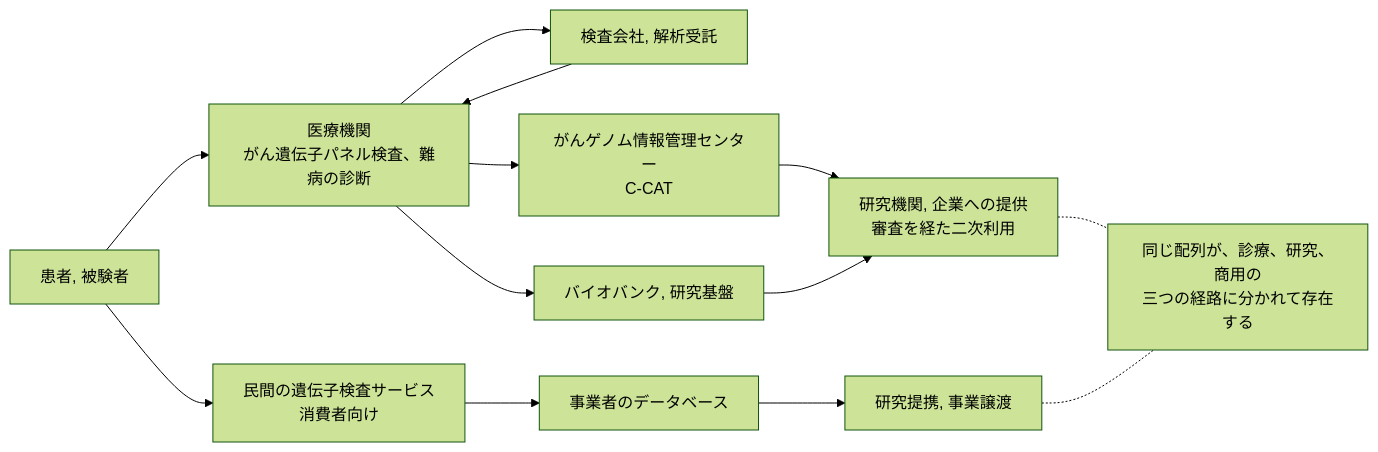
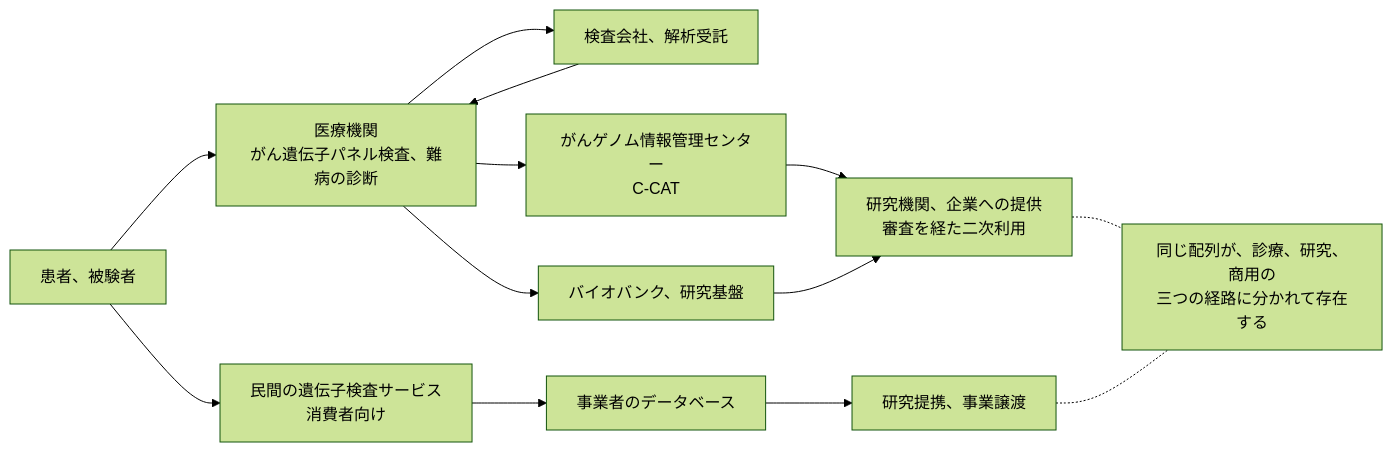
The diagram in docs/technology/genomics.md (scgajge12/awesome-healthcare-security), drawn with Mermaid (forest theme) before and after one commit. The commit also changed other lines of this file and 40 other files, not shown here.

````diff
--- a/docs/technology/genomics.md
+++ b/docs/technology/genomics.md
@@ -34,20 +34,20 @@
 ```mermaid
 flowchart LR
-    P["患者, 被験者"] --> H["医療機関<br>がん遺伝子パネル検査、難病の診断"]
+    P["患者、被験者"] --> H["医療機関<br>がん遺伝子パネル検査、難病の診断"]
     P --> D["民間の遺伝子検査サービス<br>消費者向け"]
 
-    H --> L["検査会社, 解析受託"]
+    H --> L["検査会社、解析受託"]
     L --> H
     H --> C["がんゲノム情報管理センター<br>C-CAT"]
-    C --> R["研究機関, 企業への提供<br>審査を経た二次利用"]
+    C --> R["研究機関、企業への提供<br>審査を経た二次利用"]
 
-    H --> B["バイオバンク, 研究基盤"]
+    H --> B["バイオバンク、研究基盤"]
     B --> R
 
     D --> DS["事業者のデータベース"]
-    DS --> RS["研究提携, 事業譲渡"]
+    DS --> RS["研究提携、事業譲渡"]
 
     N["同じ配列が、診療、研究、商用の<br>三つの経路に分かれて存在する"]
     R -.- N
     RS -.- N
 ```
````
